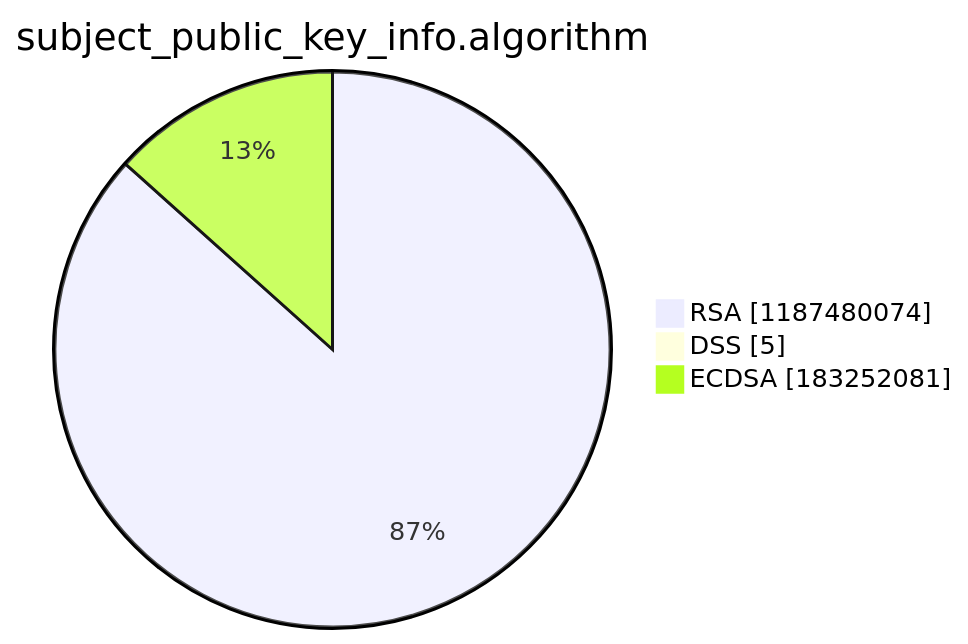
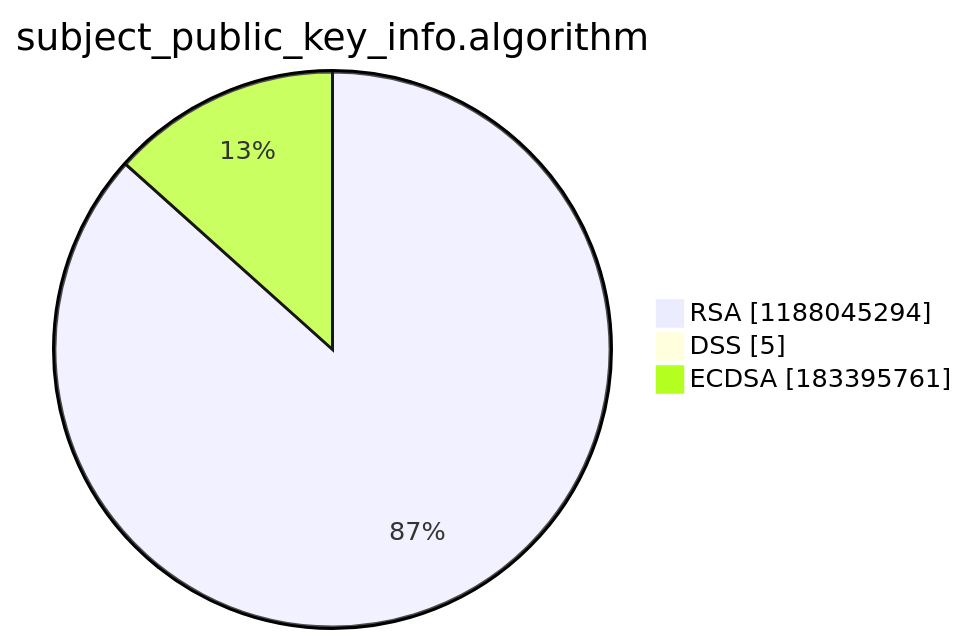
Before and after one commit to christiankrug/ctmonitor_visualization: the third of 15 diagrams in argon2022/README.md, drawn with Mermaid. The commit also changed other lines of this file, not shown here.

````diff
--- a/argon2022/README.md
+++ b/argon2022/README.md
@@ -14,7 +14,7 @@
 ```mermaid
 pie showData
 title subject_public_key_info.algorithm
-"RSA" :1187480074
+"RSA" :1188045294
 "DSS" :5
-"ECDSA" :183252081
+"ECDSA" :183395761
 ```
````
